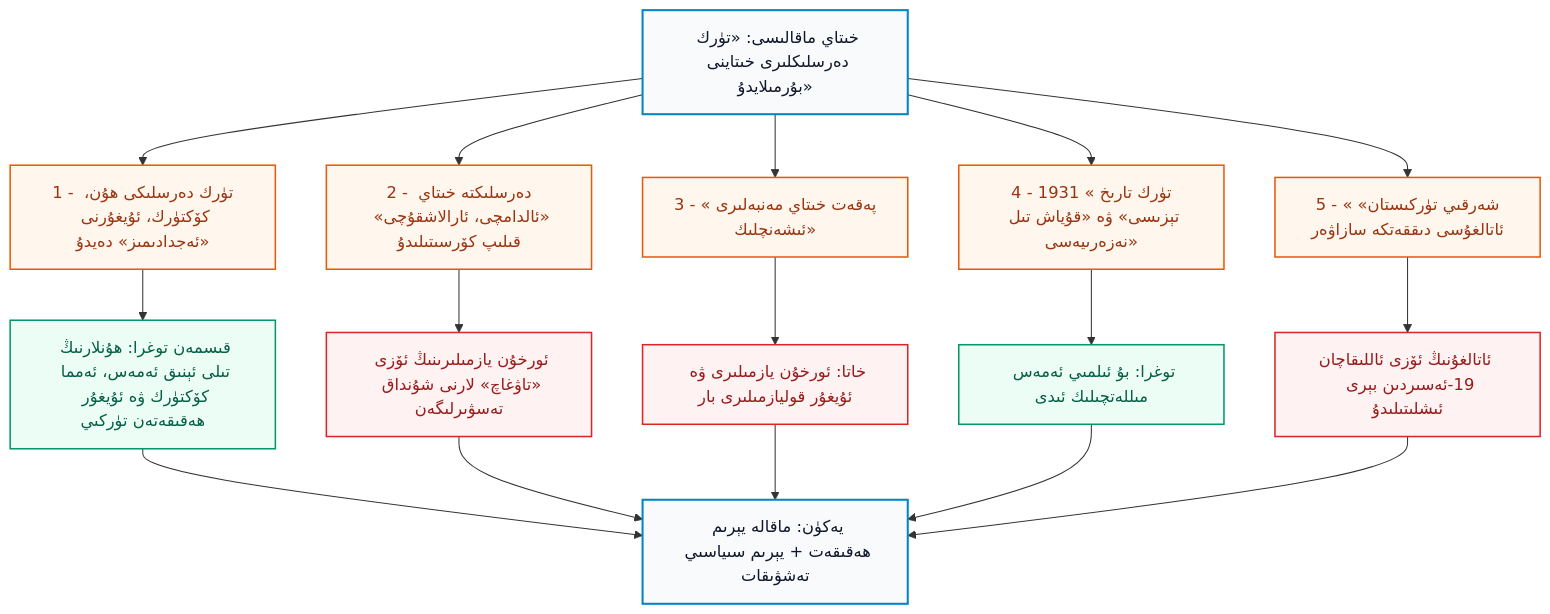
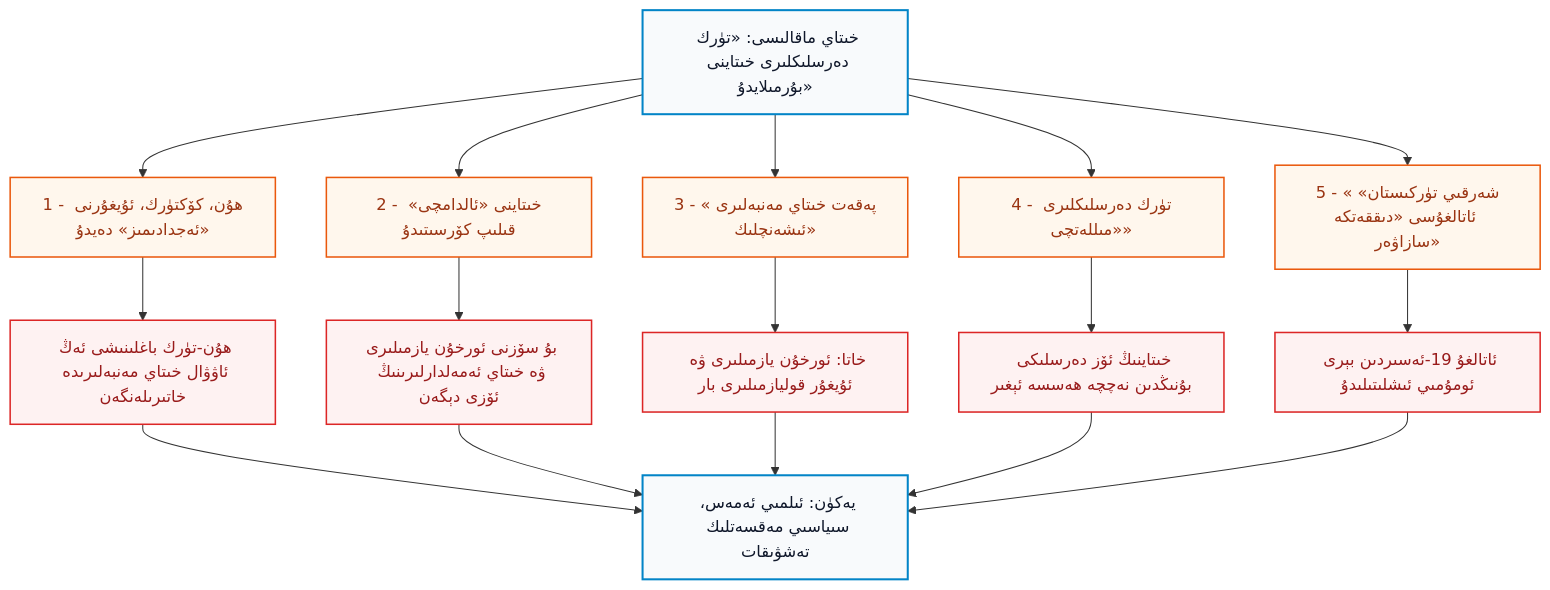
Before and after one commit to UyCoder/paydilar: the first of 4 diagrams in _posts/2026-10-25-Turk-Tarix-Derislikliri-We-Xitay-Rewayiti-Reddiye.md, drawn with Mermaid. The commit also changed other lines of this file and 9 other files, not shown here.

Commit message:
feat: add RAND Geopolitics of AGI post with 8 images and 4 diagrams; rewrite Turkish textbook post to defend Turkey against Chinese propaganda

````diff
--- a/_posts/2026-10-25-Turk-Tarix-Derislikliri-We-Xitay-Rewayiti-Reddiye.md
+++ b/_posts/2026-10-25-Turk-Tarix-Derislikliri-We-Xitay-Rewayiti-Reddiye.md
@@ -30,24 +30,24 @@
 ```mermaid
 flowchart TD
     classDef root fill:#f8fafc,stroke:#0284c7,stroke-width:2px,color:#0f172a;
     classDef claim fill:#fff7ed,stroke:#ea580c,stroke-width:1.5px,color:#9a3412;
     classDef ok fill:#ecfdf5,stroke:#059669,stroke-width:1.5px,color:#065f46;
     classDef bad fill:#fef2f2,stroke:#dc2626,stroke-width:1.5px,color:#991b1b;
 
     R["خىتاي ماقالىسى: «تۈرك دەرسلىكلىرى خىتاينى بۇرمىلايدۇ»"]:::root
-    R --> C1["1 - تۈرك دەرسلىكى ھۇن، كۆكتۈرك، ئۇيغۇرنى «ئەجدادىمىز» دەيدۇ"]:::claim
-    R --> C2["2 - دەرسلىكتە خىتاي «ئالدامچى، ئارالاشقۇچى» قىلىپ كۆرسىتىلىدۇ"]:::claim
+    R --> C1["1 - ھۇن، كۆكتۈرك، ئۇيغۇرنى «ئەجدادىمىز» دەيدۇ"]:::claim
+    R --> C2["2 - خىتاينى «ئالدامچى» قىلىپ كۆرسىتىدۇ"]:::claim
     R --> C3["3 - «پەقەت خىتاي مەنبەلىرى ئىشەنچلىك»"]:::claim
-    R --> C4["4 - 1931 «تۈرك تارىخ تېزىسى» ۋە «قۇياش تىل نەزەرىيەسى»"]:::claim
-    R --> C5["5 - «شەرقىي تۈركىستان» ئاتالغۇسى دىققەتكە سازاۋەر"]:::claim
-    C1 --> A1["قىسمەن توغرا: ھۇنلارنىڭ تىلى ئېنىق ئەمەس، ئەمما كۆكتۈرك ۋە ئۇيغۇر ھەقىقەتەن تۈركىي"]:::ok
-    C2 --> A2["ئورخۇن يازمىلىرىنىڭ ئۆزى «تاۋغاچ» لارنى شۇنداق تەسۋىرلىگەن"]:::bad
+    R --> C4["4 - تۈرك دەرسلىكلىرى «مىللەتچى»"]:::claim
+    R --> C5["5 - «شەرقىي تۈركىستان» ئاتالغۇسى «دىققەتكە سازاۋەر»"]:::claim
+    C1 --> A1["ھۇن-تۈرك باغلىنىشى ئەڭ ئاۋۋال خىتاي مەنبەلىرىدە خاتىرىلەنگەن"]:::bad
+    C2 --> A2["بۇ سۆزنى ئورخۇن يازمىلىرى ۋە خىتاي ئەمەلدارلىرىنىڭ ئۆزى دېگەن"]:::bad
     C3 --> A3["خاتا: ئورخۇن يازمىلىرى ۋە ئۇيغۇر قوليازمىلىرى بار"]:::bad
-    C4 --> A4["توغرا: بۇ ئىلمىي ئەمەس مىللەتچىلىك ئىدى"]:::ok
-    C5 --> A5["ئاتالغۇنىڭ ئۆزى ئاللىقاچان 19-ئەسىردىن بېرى ئىشلىتىلىدۇ"]:::bad
-    A1 --> Z["يەكۈن: ماقالە يېرىم ھەقىقەت + يېرىم سىياسىي تەشۋىقات"]:::root
+    C4 --> A4["خىتاينىڭ ئۆز دەرسلىكى بۇنىڭدىن نەچچە ھەسسە ئېغىر"]:::bad
+    C5 --> A5["ئاتالغۇ 19-ئەسىردىن بېرى ئومۇمىي ئىشلىتىلىدۇ"]:::bad
+    A1 --> Z["يەكۈن: ئىلمىي ئەمەس، سىياسىي مەقسەتلىك تەشۋىقات"]:::root
     A2 --> Z
     A3 --> Z
     A4 --> Z
     A5 --> Z
 ```
````
